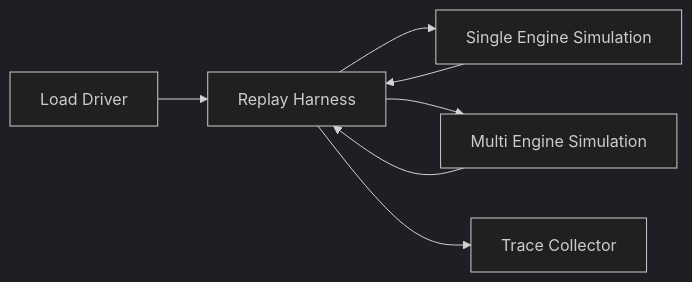
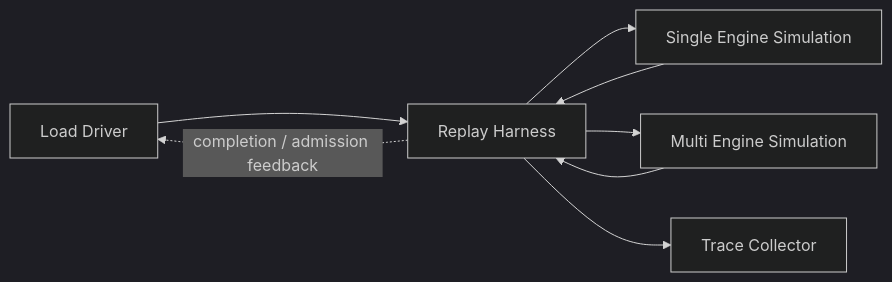
The second of 3 diagrams in docs/blogs/digital-twin-simulation/README.md (ai-dynamo/dynamo), drawn with Mermaid (dark theme) before and after one commit.

Commit message:
docs: show replay load feedback

````diff
--- a/docs/blogs/digital-twin-simulation/README.md
+++ b/docs/blogs/digital-twin-simulation/README.md
@@ -147,12 +147,13 @@
 ```mermaid
 flowchart LR
     LD[Load Driver] --> H[Replay Harness]
 
     H --> SES[Single Engine Simulation]
     H --> MES[Multi Engine Simulation]
 
     SES --> H
     MES --> H
 
     H --> TC[Trace Collector]
+    H -. "completion / admission feedback" .-> LD
 ```
````
